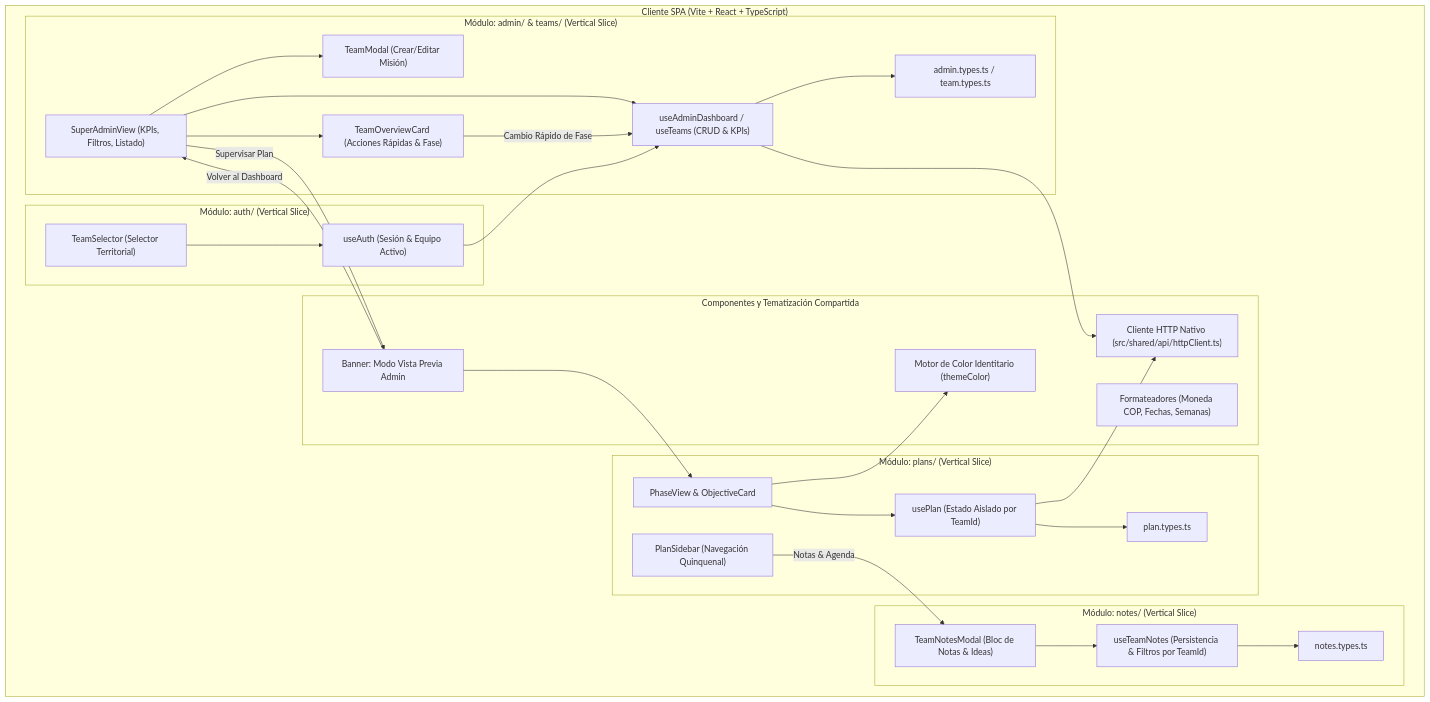
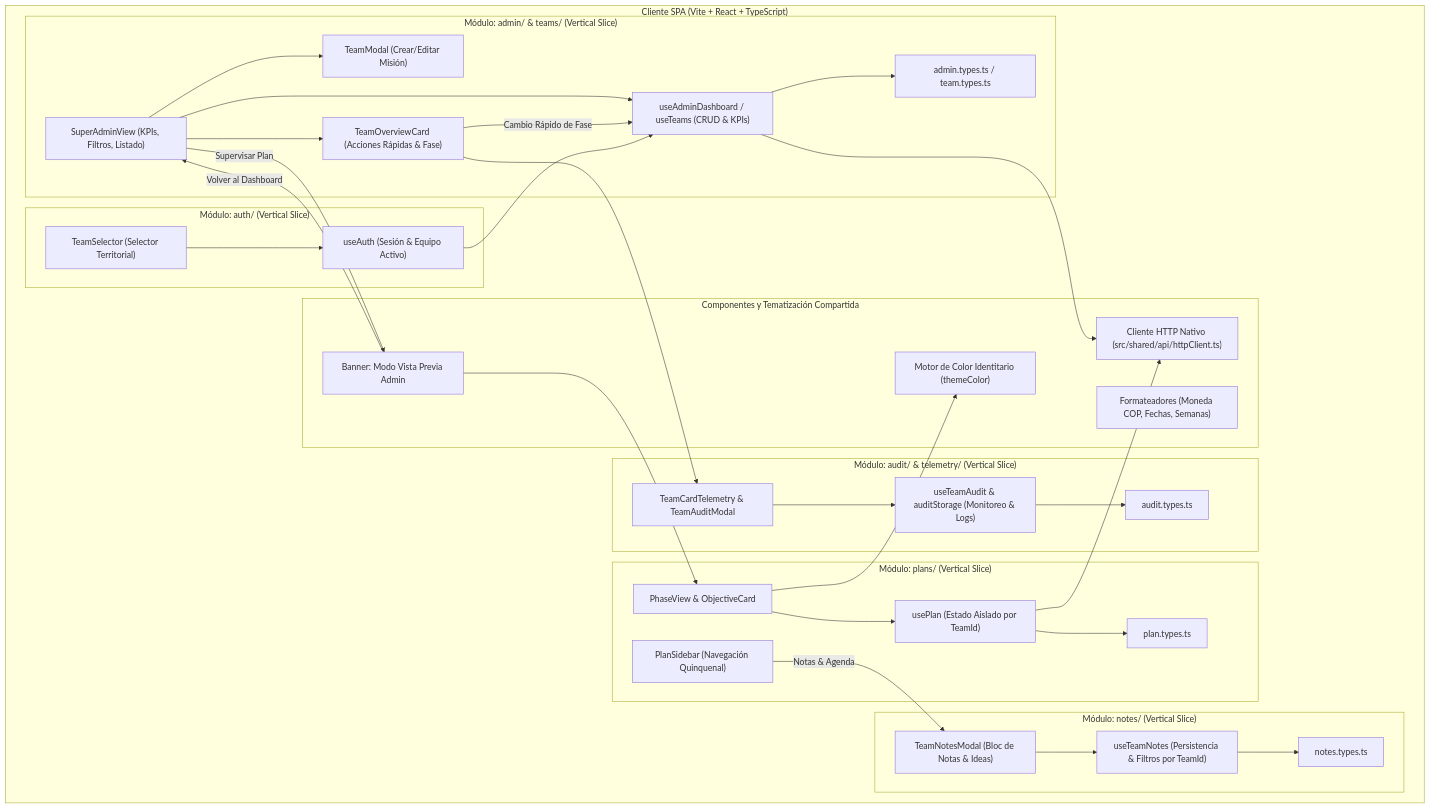
The diagram in docs/1_architecture.md (DavidSolorza/Miincol), drawn with Mermaid before and after one commit. The commit also changed other lines of this file and 15 other files, not shown here.

Commit message:
feat(audit): add team login and activity telemetry on admin cards with audit modal

````diff
--- a/docs/1_architecture.md
+++ b/docs/1_architecture.md
@@ -21,60 +21,70 @@
 ```mermaid
 graph TD
     subgraph Client ["Cliente SPA (Vite + React + TypeScript)"]
         subgraph AdminSlice ["Módulo: admin/ & teams/ (Vertical Slice)"]
             AdminDashUI["SuperAdminView (KPIs, Filtros, Listado)"]
             TeamModalUI["TeamModal (Crear/Editar Misión)"]
             TeamCardUI["TeamOverviewCard (Acciones Rápidas & Fase)"]
             AdminApp["useAdminDashboard / useTeams (CRUD & KPIs)"]
             TeamDomain["admin.types.ts / team.types.ts"]
         end
 
         subgraph SharedSpace ["Componentes y Tematización Compartida"]
             DynamicTheme["Motor de Color Identitario (themeColor)"]
             PreviewBanner["Banner: Modo Vista Previa Admin"]
             NativeHttp["Cliente HTTP Nativo (src/shared/api/httpClient.ts)"]
             Formatters["Formateadores (Moneda COP, Fechas, Semanas)"]
         end
 
         subgraph PlansSlice ["Módulo: plans/ (Vertical Slice)"]
             PhaseUI["PhaseView & ObjectiveCard"]
             SidebarUI["PlanSidebar (Navegación Quinquenal)"]
             PlanApp["usePlan (Estado Aislado por TeamId)"]
             PlanDomain["plan.types.ts"]
         end
 
         subgraph NotesSlice ["Módulo: notes/ (Vertical Slice)"]
             NotesModalUI["TeamNotesModal (Bloc de Notas & Ideas)"]
             NotesApp["useTeamNotes (Persistencia & Filtros por TeamId)"]
             NotesDomain["notes.types.ts"]
         end
 
+        subgraph AuditSlice ["Módulo: audit/ & telemetry/ (Vertical Slice)"]
+            AuditUI["TeamCardTelemetry & TeamAuditModal"]
+            AuditApp["useTeamAudit & auditStorage (Monitoreo & Logs)"]
+            AuditDomain["audit.types.ts"]
+        end
+
         subgraph AuthSlice ["Módulo: auth/ (Vertical Slice)"]
             TeamSelectorUI["TeamSelector (Selector Territorial)"]
             AuthApp["useAuth (Sesión & Equipo Activo)"]
         end
     end
 
     AdminDashUI --> TeamModalUI
     AdminDashUI --> TeamCardUI
     AdminDashUI --> AdminApp
     AdminApp --> TeamDomain
     AdminApp --> NativeHttp
+
+    TeamCardUI --> AuditUI
+    AuditUI --> AuditApp
+    AuditApp --> AuditDomain
 
     AdminDashUI -- "Supervisar Plan" --> PreviewBanner
     PreviewBanner --> PhaseUI
     PreviewBanner -- "Volver al Dashboard" --> AdminDashUI
 
     PhaseUI --> DynamicTheme
     PhaseUI --> PlanApp
     PlanApp --> PlanDomain
     PlanApp --> NativeHttp
 
     SidebarUI -- "Notas & Agenda" --> NotesModalUI
     NotesModalUI --> NotesApp
     NotesApp --> NotesDomain
 
     TeamCardUI -- "Cambio Rápido de Fase" --> AdminApp
     AuthApp --> AdminApp
     TeamSelectorUI --> AuthApp
 ```
````
